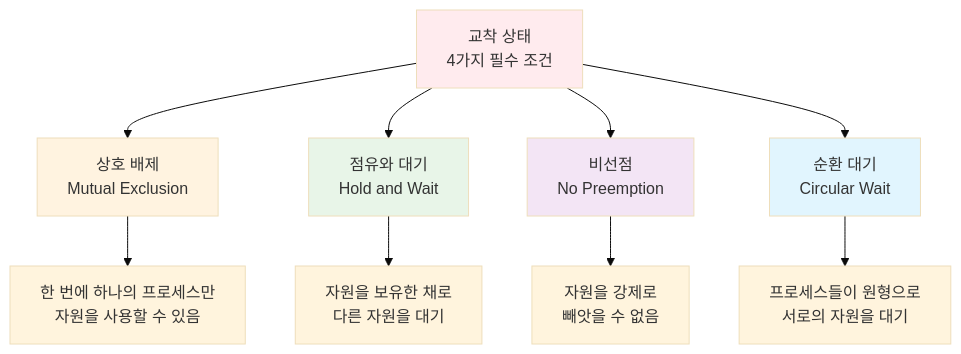
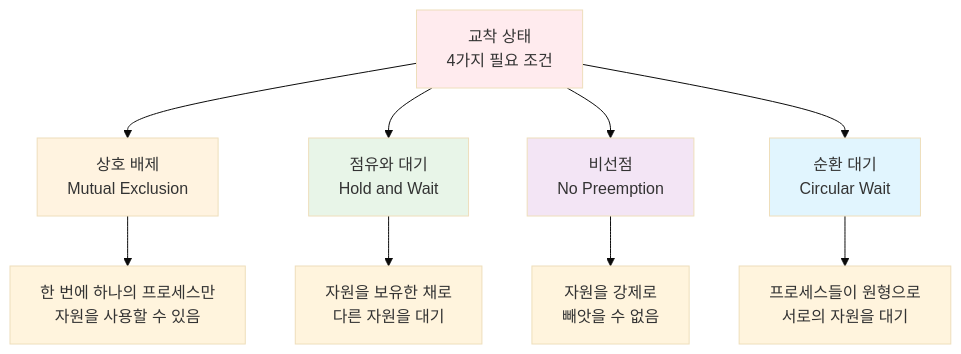
Before and after one commit to choisimo/document: the fourth of 26 diagrams in content/archive/legacy/OS/chapter08-deadlocks.md, drawn with Mermaid (base theme). The commit also changed other lines of this file and 432 other files, not shown here.

````diff
--- a/content/archive/legacy/OS/chapter08-deadlocks.md
+++ b/content/archive/legacy/OS/chapter08-deadlocks.md
@@ -152,18 +152,18 @@
 ```mermaid
 graph TD
-    A[교착 상태<br/>4가지 필수 조건] --> B[상호 배제<br/>Mutual Exclusion]
+    A[교착 상태<br/>4가지 필요 조건] --> B[상호 배제<br/>Mutual Exclusion]
     A --> C[점유와 대기<br/>Hold and Wait]
     A --> D[비선점<br/>No Preemption]
     A --> E[순환 대기<br/>Circular Wait]
     
     B --> B1["한 번에 하나의 프로세스만<br/>자원을 사용할 수 있음"]
     C --> C1["자원을 보유한 채로<br/>다른 자원을 대기"]
     D --> D1["자원을 강제로<br/>빼앗을 수 없음"]
     E --> E1["프로세스들이 원형으로<br/>서로의 자원을 대기"]
     
     style A fill:#ffebee
     style B fill:#fff3e0
     style C fill:#e8f5e8
     style D fill:#f3e5f5
     style E fill:#e1f5fe
 ```
````
